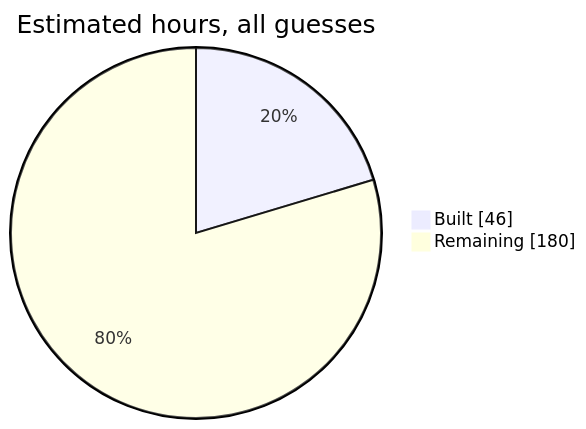
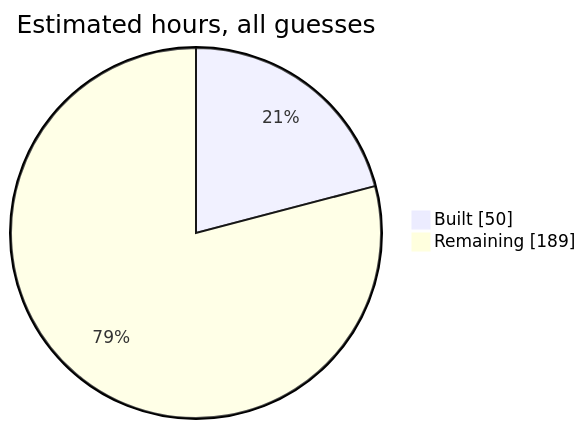
The second of 5 diagrams in docs/system-design.md (SumanthVarma798/GNSS-Constellation-Health-Monitoring-System), drawn with Mermaid before and after one commit. The commit also changed other lines of this file, not shown here.

````diff
--- a/docs/system-design.md
+++ b/docs/system-design.md
@@ -71,5 +71,5 @@
 ```mermaid
 pie showData title Estimated hours, all guesses
-  "Built" : 46
-  "Remaining" : 180
+  "Built" : 50
+  "Remaining" : 189
 ```
````
